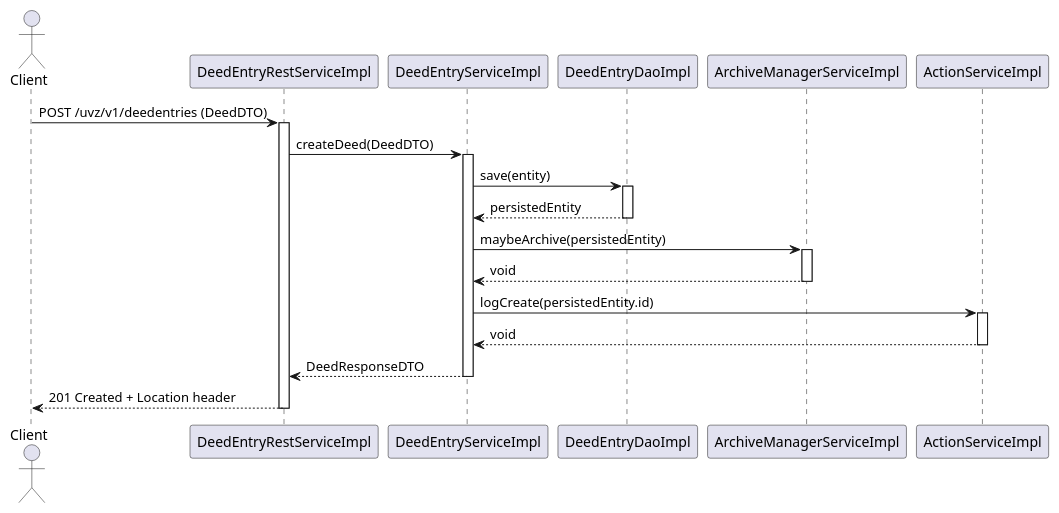
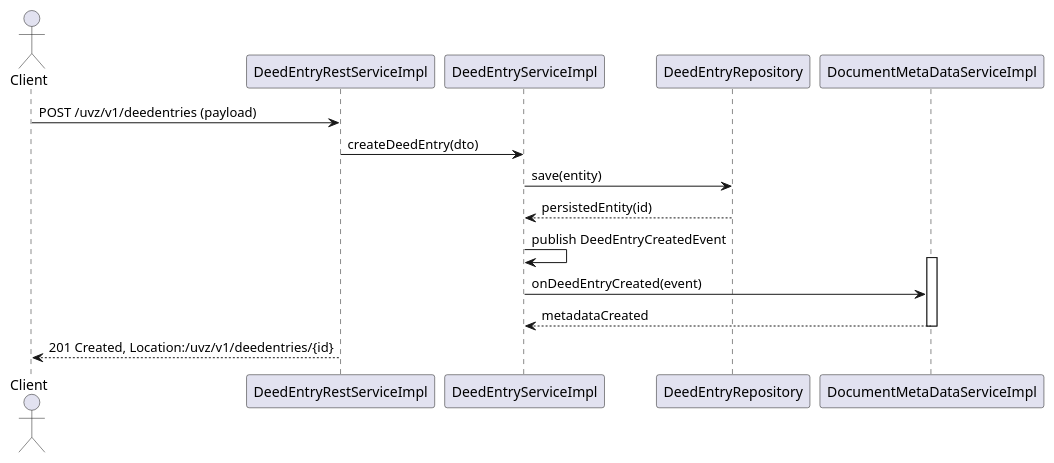
The third of 7 diagrams in knowledge/architecture/arc42/06-part1-api-flows.md (aymenmastouri/aicodegencrew), drawn with PlantUML before and after one commit. The commit also changed other lines of this file and 28 other files, not shown here.

Commit message:
[aicodegencrew] phase3_architecture_synthesis completed - 2026-02-09 18:15:23

````diff
--- a/knowledge/architecture/arc42/06-part1-api-flows.md
+++ b/knowledge/architecture/arc42/06-part1-api-flows.md
@@ -104,31 +95,20 @@
 ```plantuml
 @startuml
 actor Client
-participant DeedEntryRestServiceImpl as RestCtrl
-participant DeedEntryServiceImpl as Service
-participant DeedEntryDaoImpl as Repo
-participant ArchiveManagerServiceImpl as Archiver
-participant ActionServiceImpl as Audit
+participant DeedEntryRestServiceImpl as Ctrl
+participant DeedEntryServiceImpl as Svc
+participant DeedEntryRepository as Repo
+participant DocumentMetaDataServiceImpl as DocMeta
 
-Client -> RestCtrl: POST /uvz/v1/deedentries (DeedDTO)
-activate RestCtrl
-RestCtrl -> Service: createDeed(DeedDTO)
-activate Service
-Service -> Repo: save(entity)
-activate Repo
-Repo --> Service: persistedEntity
-deactivate Repo
-Service -> Archiver: maybeArchive(persistedEntity)
-activate Archiver
-Archiver --> Service: void
-deactivate Archiver
-Service -> Audit: logCreate(persistedEntity.id)
-activate Audit
-Audit --> Service: void
-deactivate Audit
-Service --> RestCtrl: DeedResponseDTO
-deactivate Service
-RestCtrl --> Client: 201 Created + Location header
-deactivate RestCtrl
+Client -> Ctrl: POST /uvz/v1/deedentries (payload)
+Ctrl -> Svc: createDeedEntry(dto)
+Svc -> Repo: save(entity)
+Repo --> Svc: persistedEntity(id)
+Svc -> Svc: publish DeedEntryCreatedEvent
+activate DocMeta
+Svc -> DocMeta: onDeedEntryCreated(event)
+DocMeta --> Svc: metadataCreated
+deactivate DocMeta
+Ctrl --> Client: 201 Created, Location:/uvz/v1/deedentries/{id}
 @enduml
 ```
````
